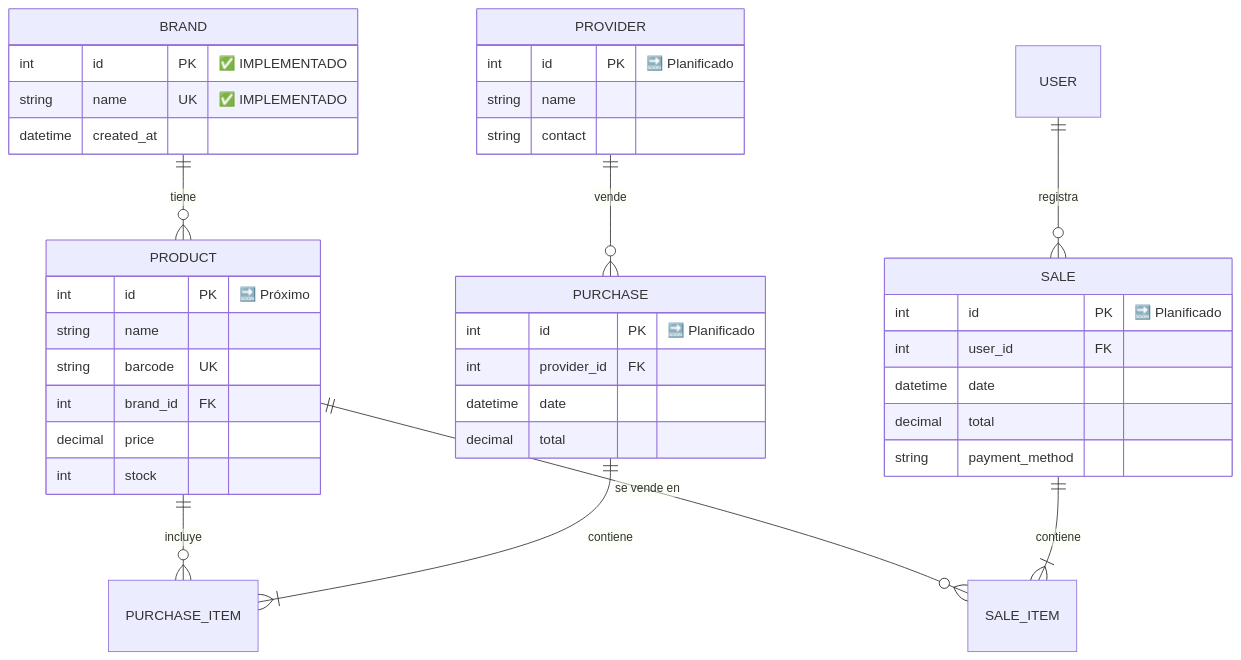
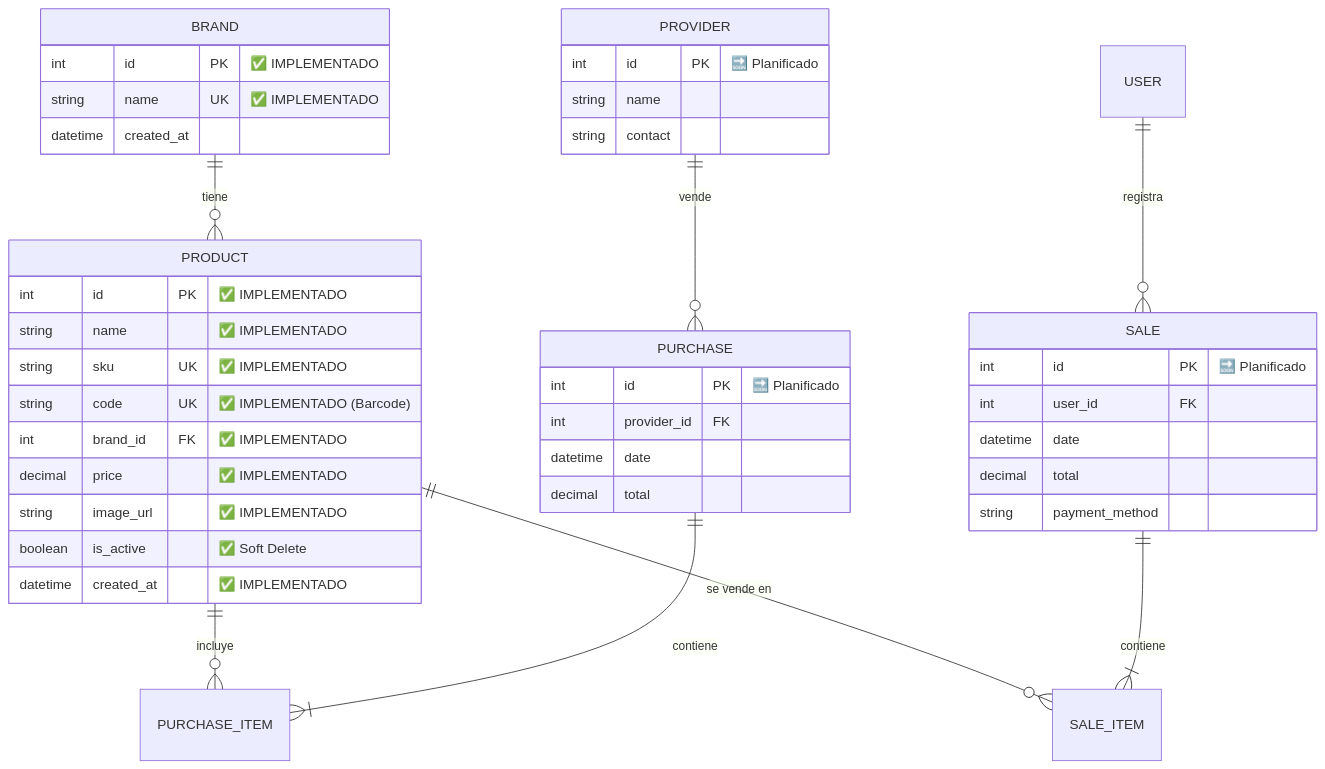
Before and after one commit to marceloemmott-dev/retail-backend-api: the second of 5 diagrams in README.md, drawn with Mermaid. The commit also changed other lines of this file, not shown here.

Commit message:
docs: Actualizar diagrama ER celebrando Product IMPLEMENTADO
-  Modelo de Datos actualizado: Brand & Product 100%
-  Todos los campos de Product reflejados (sku, code, soft delete)
-  Nota destacando logro de entidades core implementadas

````diff
--- a/README.md
+++ b/README.md
@@ -194,46 +196,49 @@
 ```mermaid
 erDiagram
     BRAND ||--o{ PRODUCT : "tiene"
     PROVIDER ||--o{ PURCHASE : "vende"
     PRODUCT ||--o{ PURCHASE_ITEM : "incluye"
     PRODUCT ||--o{ SALE_ITEM : "se vende en"
     PURCHASE ||--|{ PURCHASE_ITEM : "contiene"
     SALE ||--|{ SALE_ITEM : "contiene"
     USER ||--o{ SALE : "registra"
 
     BRAND {
         int id PK "✅ IMPLEMENTADO"
         string name UK "✅ IMPLEMENTADO"
         datetime created_at
     }
 
     PRODUCT {
-        int id PK "🔜 Próximo"
-        string name
-        string barcode UK
-        int brand_id FK
-        decimal price
-        int stock
+        int id PK "✅ IMPLEMENTADO"
+        string name "✅ IMPLEMENTADO"
+        string sku UK "✅ IMPLEMENTADO"
+        string code UK "✅ IMPLEMENTADO (Barcode)"
+        int brand_id FK "✅ IMPLEMENTADO"
+        decimal price "✅ IMPLEMENTADO"
+        string image_url "✅ IMPLEMENTADO"
+        boolean is_active "✅ Soft Delete"
+        datetime created_at "✅ IMPLEMENTADO"
     }
 
     PROVIDER {
         int id PK "🔜 Planificado"
         string name
         string contact
     }
 
     PURCHASE {
         int id PK "🔜 Planificado"
         int provider_id FK
         datetime date
         decimal total
     }
 
     SALE {
         int id PK "🔜 Planificado"
         int user_id FK
         datetime date
         decimal total
         string payment_method
     }
 ```
````
